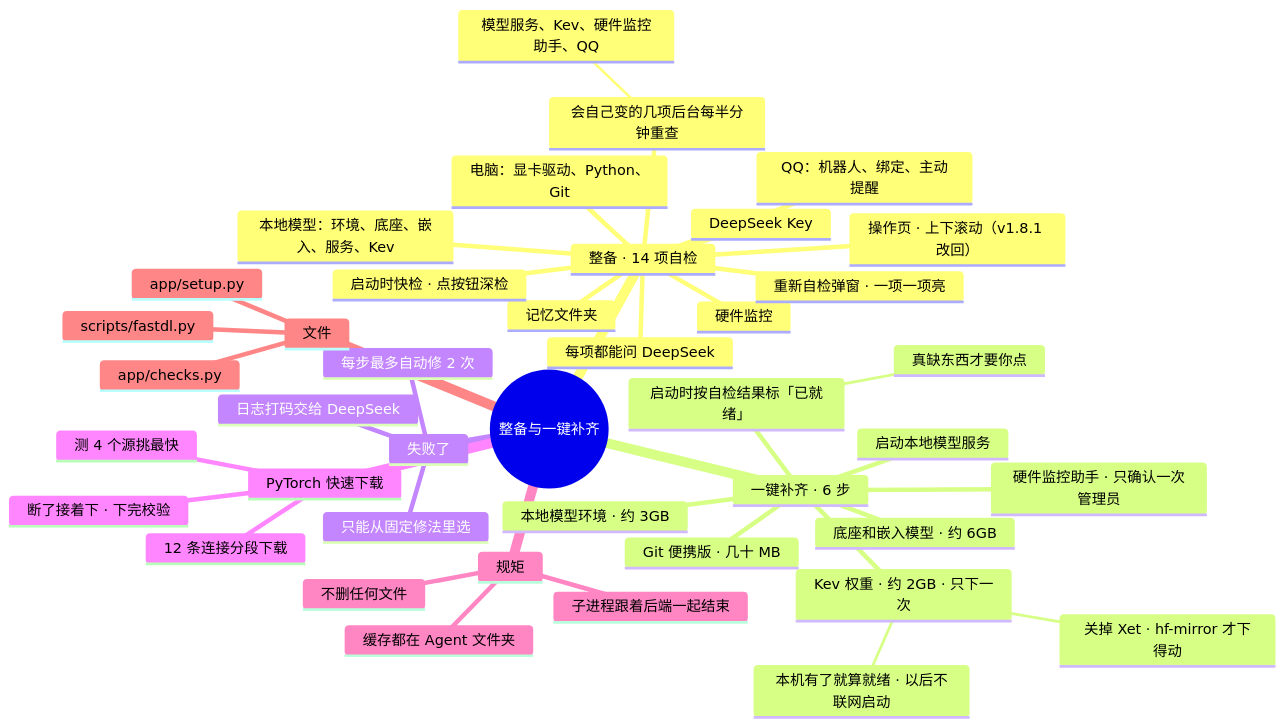
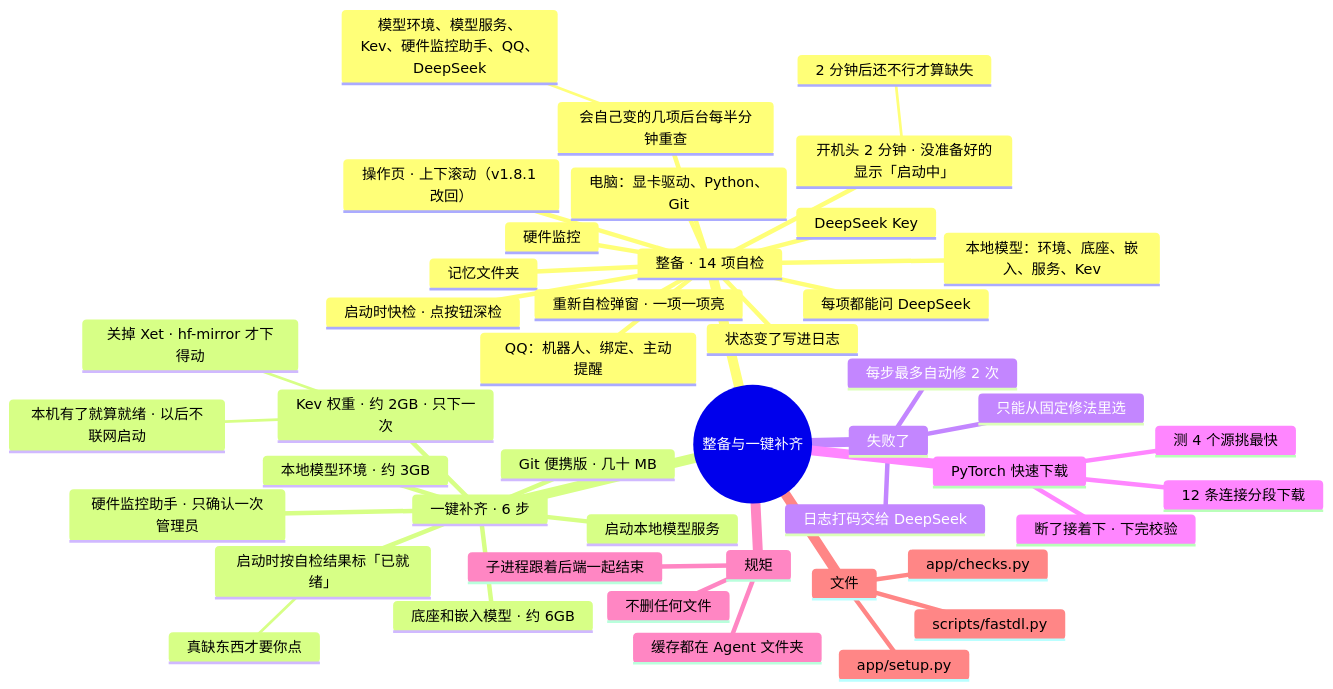
One commit to lql-076/Experiment-Agent-One changed the diagram in docs/AI文档/架构/09-整备与一键补齐.md. Above: the diagram before and after it, drawn with Mermaid. The commit also changed other lines of this file and 16 other files, not shown here.

````diff
--- a/docs/AI文档/架构/09-整备与一键补齐.md
+++ b/docs/AI文档/架构/09-整备与一键补齐.md
@@ -9,46 +9,49 @@
 ```mermaid
 mindmap
   root((整备与一键补齐))
     整备 · 14 项自检
       电脑：显卡驱动、Python、Git
       本地模型：环境、底座、嵌入、服务、Kev
       硬件监控
       DeepSeek Key
       QQ：机器人、绑定、主动提醒
       记忆文件夹
       启动时快检 · 点按钮深检
       重新自检弹窗 · 一项一项亮
       每项都能问 DeepSeek
       操作页 · 上下滚动（v1.8.1 改回）
       会自己变的几项后台每半分钟重查
-        模型服务、Kev、硬件监控助手、QQ
+        模型环境、模型服务、Kev、硬件监控助手、QQ、DeepSeek
+      开机头 2 分钟 · 没准备好的显示「启动中」
+        2 分钟后还不行才算缺失
+      状态变了写进日志
     一键补齐 · 6 步
       启动时按自检结果标「已就绪」
         真缺东西才要你点
       Git 便携版 · 几十 MB
       本地模型环境 · 约 3GB
       底座和嵌入模型 · 约 6GB
       启动本地模型服务
       :::svc-model
       Kev 权重 · 约 2GB · 只下一次
         关掉 Xet · hf-mirror 才下得动
         本机有了就算就绪 · 以后不联网启动
       硬件监控助手 · 只确认一次管理员
       :::svc-hw
     失败了
       日志打码交给 DeepSeek
       只能从固定修法里选
       每步最多自动修 2 次
     PyTorch 快速下载
       测 4 个源挑最快
       12 条连接分段下载
       断了接着下 · 下完校验
     规矩
       不删任何文件
       缓存都在 Agent 文件夹
       子进程跟着后端一起结束
     文件
       app/checks.py
       app/setup.py
       scripts/fastdl.py
 ```
````
